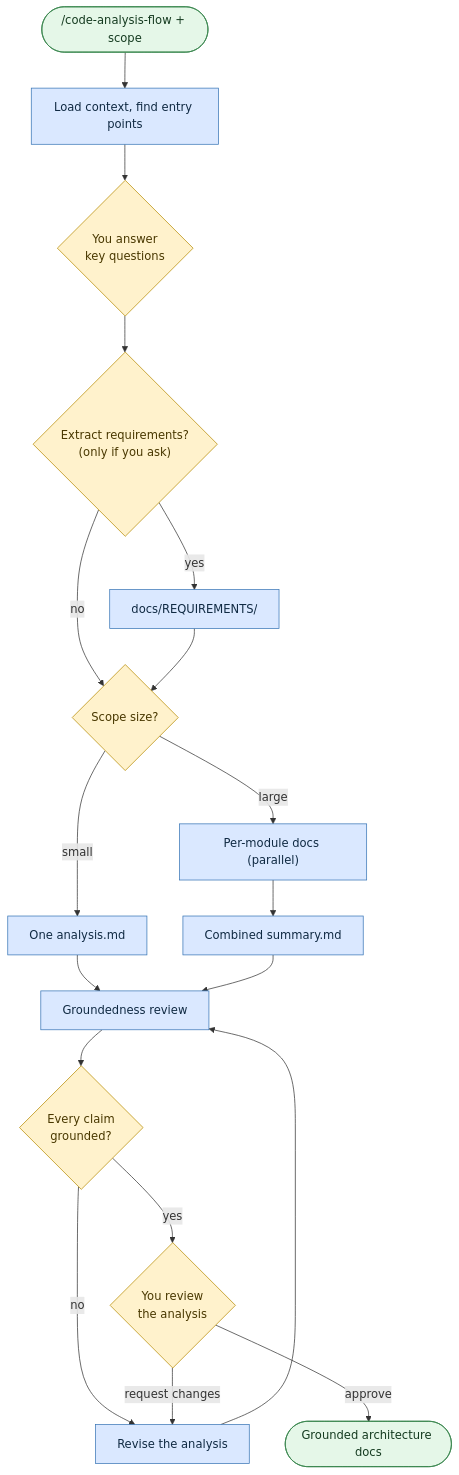
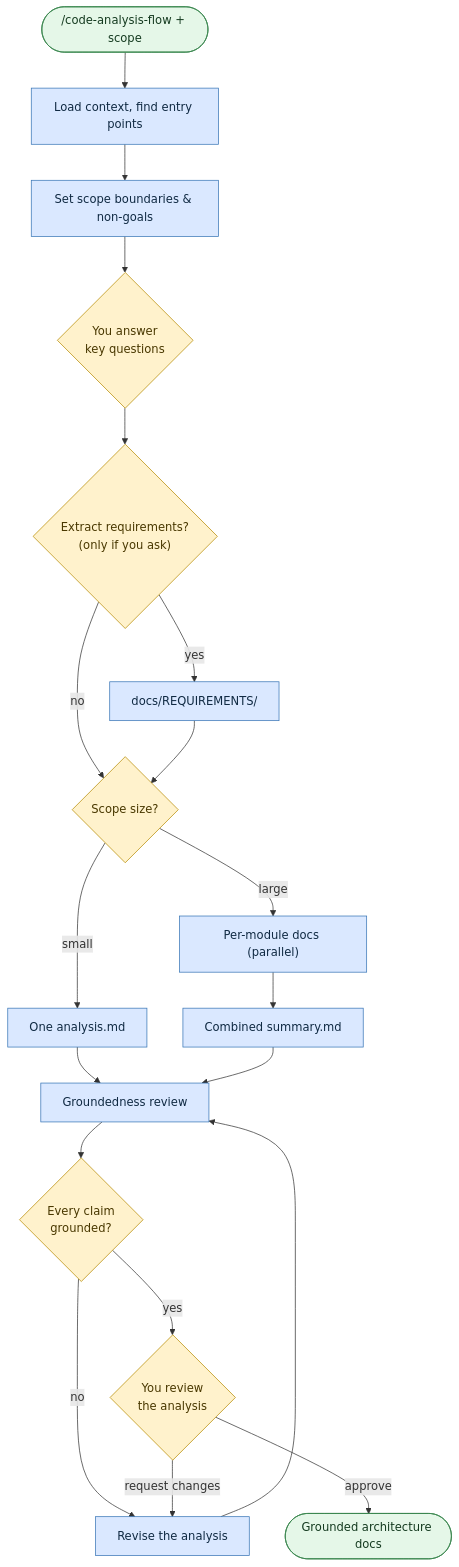
The diagram in user-guide/scenarios/analyze-a-codebase.md (atomicdjt/rosetta), drawn with Mermaid before and after one commit. The commit also changed other lines of this file and 86 other files, not shown here.

````diff
--- a/user-guide/scenarios/analyze-a-codebase.md
+++ b/user-guide/scenarios/analyze-a-codebase.md
@@ -23,27 +23,28 @@
 ```mermaid
 flowchart TB
     Start(["/code-analysis-flow + scope"]) --> Ctx["Load context, find entry points"]
-    Ctx --> G1{"You answer <br>key questions"}
+    Ctx --> Scope["Set scope boundaries & non-goals"]
+    Scope --> G1{"You answer <br>key questions"}
     G1 --> ReqB{"Extract requirements? <br>(only if you ask)"}
     ReqB -->|yes| ReqDocs["docs/REQUIREMENTS/"]
     ReqB -->|no| Size{"Scope size?"}
     ReqDocs --> Size
     Size -->|small| Small["One analysis.md"]
     Size -->|large| Large["Per-module docs (parallel)"]
     Large --> Sum["Combined summary.md"]
     Small --> Review["Groundedness review"]
     Sum --> Review
     Review --> Grounded{"Every claim <br>grounded?"}
     Grounded -->|no| Revise["Revise the analysis"]
     Revise --> Review
     Grounded -->|yes| G2{"You review <br>the analysis"}
     G2 -->|request changes| Revise
     G2 -->|approve| Done(["Grounded architecture docs"])
 
     classDef step fill:#dae8ff,stroke:#3674b5,color:#102a43;
     classDef gate fill:#fff2cc,stroke:#b58b00,color:#493800;
     classDef done fill:#e5f7e8,stroke:#35834a,color:#153b20;
-    class Ctx,ReqDocs,Small,Large,Sum,Review,Revise step;
+    class Ctx,Scope,ReqDocs,Small,Large,Sum,Review,Revise step;
     class G1,ReqB,Size,Grounded,G2 gate;
     class Start,Done done;
 ```
````
